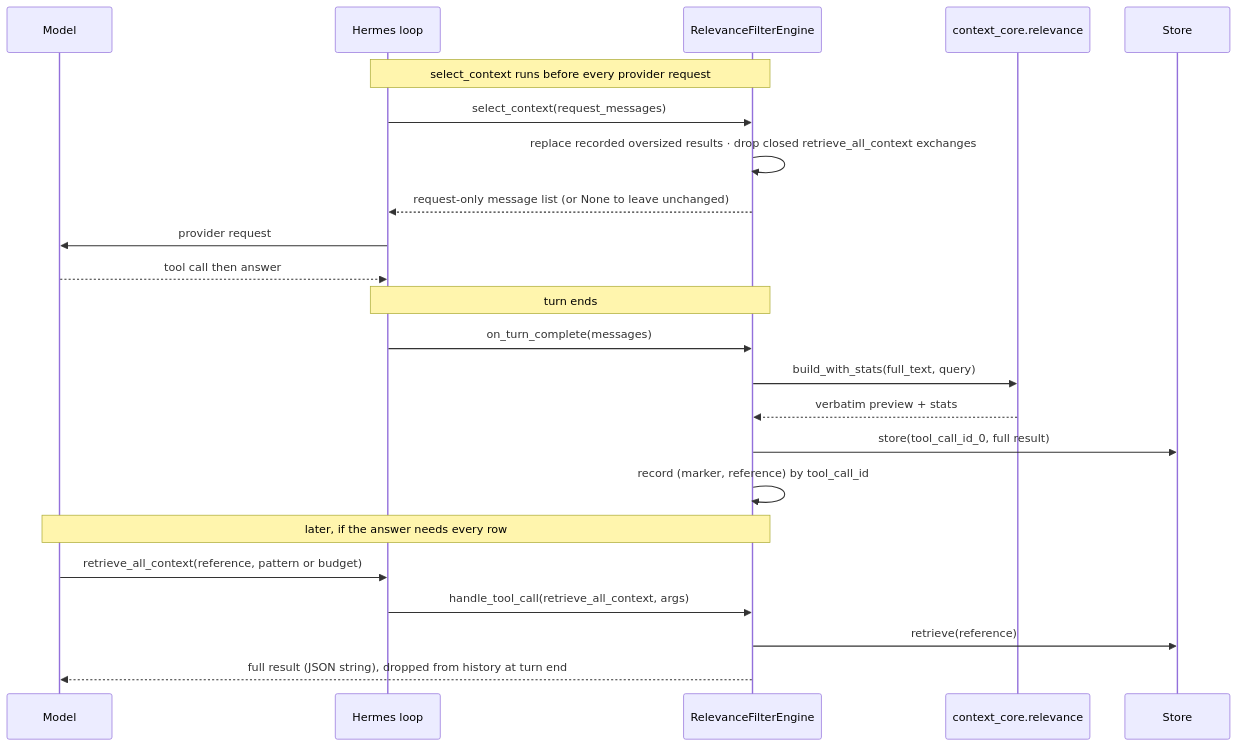
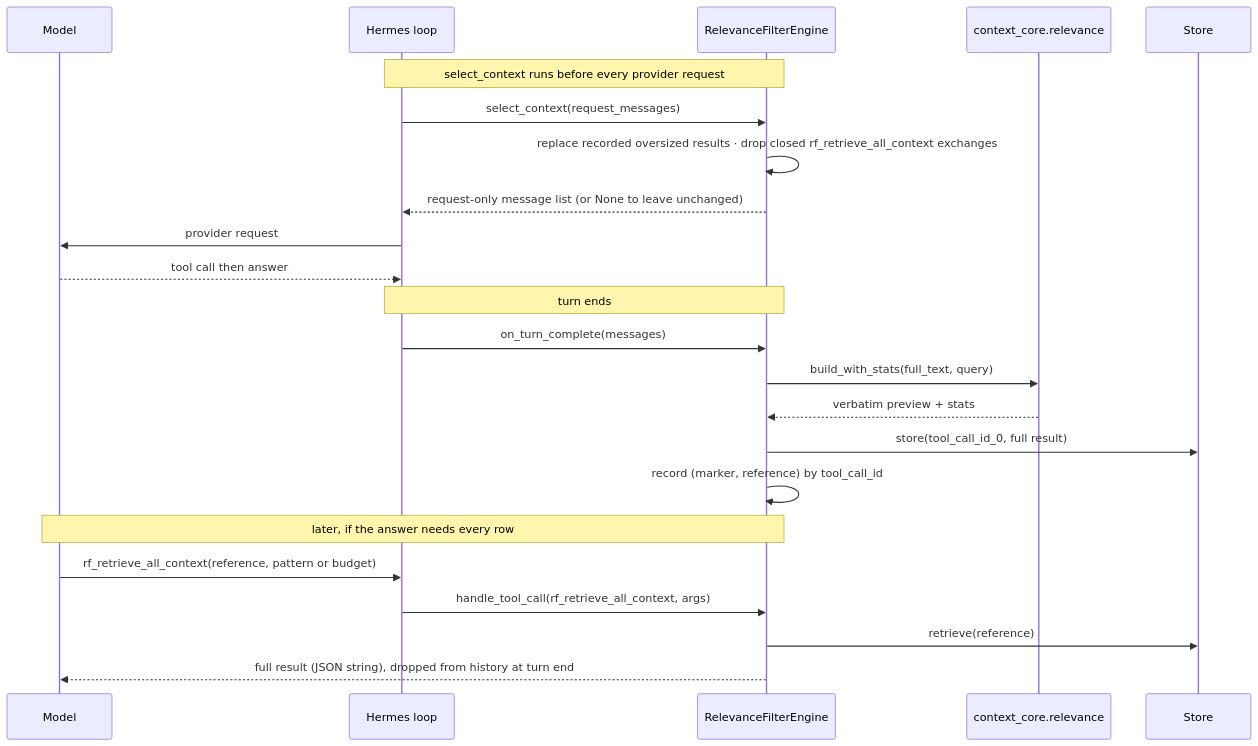
Before and after one commit to aws-samples/sample-context-engineering: the diagram in docs/design/sequence/hermes/sequence-a-relevance.md, drawn with Mermaid. The commit also changed other lines of this file and 124 other files, not shown here.

````diff
--- a/docs/design/sequence/hermes/sequence-a-relevance.md
+++ b/docs/design/sequence/hermes/sequence-a-relevance.md
@@ -51,26 +51,26 @@
 ```mermaid
 sequenceDiagram
     participant M as Model
     participant H as Hermes loop
     participant E as RelevanceFilterEngine
     participant C as context_core.relevance
     participant S as Store
 
     Note over H,E: select_context runs before every provider request
     H->>E: select_context(request_messages)
-    E->>E: replace recorded oversized results · drop closed retrieve_all_context exchanges
+    E->>E: replace recorded oversized results · drop closed rf_retrieve_all_context exchanges
     E-->>H: request-only message list (or None to leave unchanged)
     H->>M: provider request
     M-->>H: tool call then answer
     Note over H,E: turn ends
     H->>E: on_turn_complete(messages)
     E->>C: build_with_stats(full_text, query)
     C-->>E: verbatim preview + stats
     E->>S: store(tool_call_id_0, full result)
     E->>E: record (marker, reference) by tool_call_id
     Note over M,E: later, if the answer needs every row
-    M->>H: retrieve_all_context(reference, pattern or budget)
-    H->>E: handle_tool_call(retrieve_all_context, args)
+    M->>H: rf_retrieve_all_context(reference, pattern or budget)
+    H->>E: handle_tool_call(rf_retrieve_all_context, args)
     E->>S: retrieve(reference)
     E-->>M: full result (JSON string), dropped from history at turn end
 ```
````
